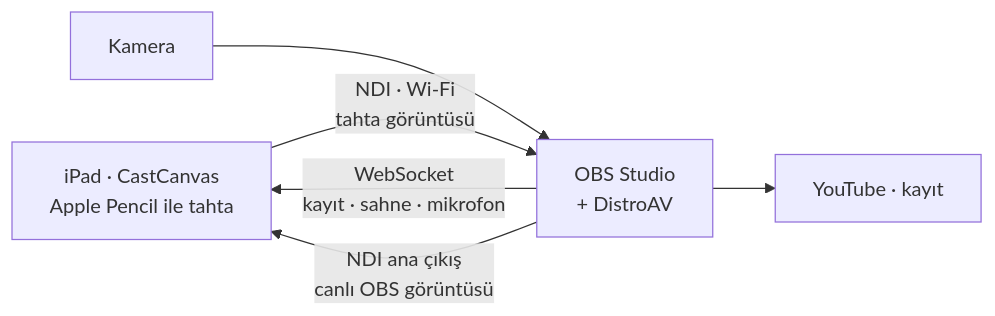
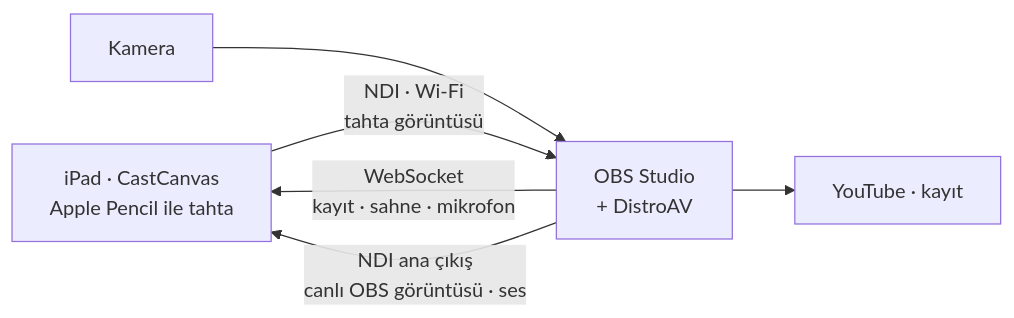
The first of 2 diagrams in README.md (HIDIRsoftware/CastCanvas), drawn with Mermaid before and after one commit. The commit also changed other lines of this file and 1 other file, not shown here.

First line of the commit message:
Yeni özellikler, gizlilikte OBS sesi / New features, OBS audio in privacy policy

````diff
--- a/README.md
+++ b/README.md
@@ -73,8 +85,8 @@
 ```mermaid
 flowchart LR
     iPad["iPad · CastCanvas<br/>Apple Pencil ile tahta"] -- "NDI · Wi-Fi<br/>tahta görüntüsü" --> OBS["OBS Studio<br/>+ DistroAV"]
     OBS -- "WebSocket<br/>kayıt · sahne · mikrofon" --> iPad
-    OBS -- "NDI ana çıkış<br/>canlı OBS görüntüsü" --> iPad
+    OBS -- "NDI ana çıkış<br/>canlı OBS görüntüsü · ses" --> iPad
     Kamera["Kamera"] --> OBS
     OBS --> Yayin["YouTube · kayıt"]
 ```
````
